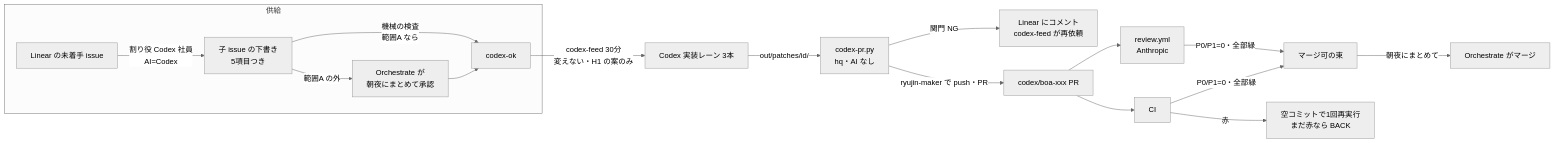
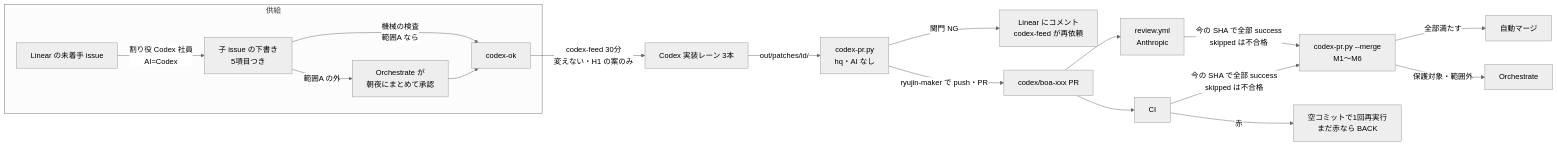
Before and after one commit to rhapsody0919/boatrace-ai-predictor: the first of 2 diagrams in docs/design/codex-direct-pr/design.md, drawn with Mermaid (neutral theme). The commit also changed other lines of this file, not shown here.

Commit message:
docs: 自動マージの条件（今の SHA・skipped は不合格・保護対象は除く・3回で人へ）とマージ後の流れを設計に入れる

````diff
--- a/docs/design/codex-direct-pr/design.md
+++ b/docs/design/codex-direct-pr/design.md
@@ -29,18 +29,19 @@
 ```mermaid
 flowchart LR
   subgraph 供給
     L0[Linear の未着手 issue] -->|割り役 Codex 社員<br/>AI=Codex| L1[子 issue の下書き<br/>5項目つき]
     L1 -->|機械の検査<br/>範囲A なら| L2[codex-ok]
     L1 -->|範囲A の外| OR[Orchestrate が<br/>朝夜にまとめて承認]
     OR --> L2
   end
   L2 -->|codex-feed 30分<br/>変えない・H1 の案のみ| C[Codex 実装レーン 3本]
   C -->|out/patches/id/| R[codex-pr.py<br/>hq・AI なし]
   R -->|関門 NG| BACK[Linear にコメント<br/>codex-feed が再依頼]
   R -->|ryujin-maker で push・PR| PR[codex/boa-xxx PR]
   PR --> REV[review.yml<br/>Anthropic]
   PR --> CI[CI]
-  REV & CI -->|P0/P1=0・全部緑| BUNDLE[マージ可の束]
-  BUNDLE -->|朝夜にまとめて| M[Orchestrate がマージ]
+  REV & CI -->|今の SHA で全部 success<br/>skipped は不合格| MC[codex-pr.py --merge<br/>M1〜M6]
+  MC -->|全部満たす| M[自動マージ]
+  MC -->|保護対象・範囲外| OR2[Orchestrate]
   CI -->|赤| RE[空コミットで1回再実行<br/>まだ赤なら BACK]
 ```
````
